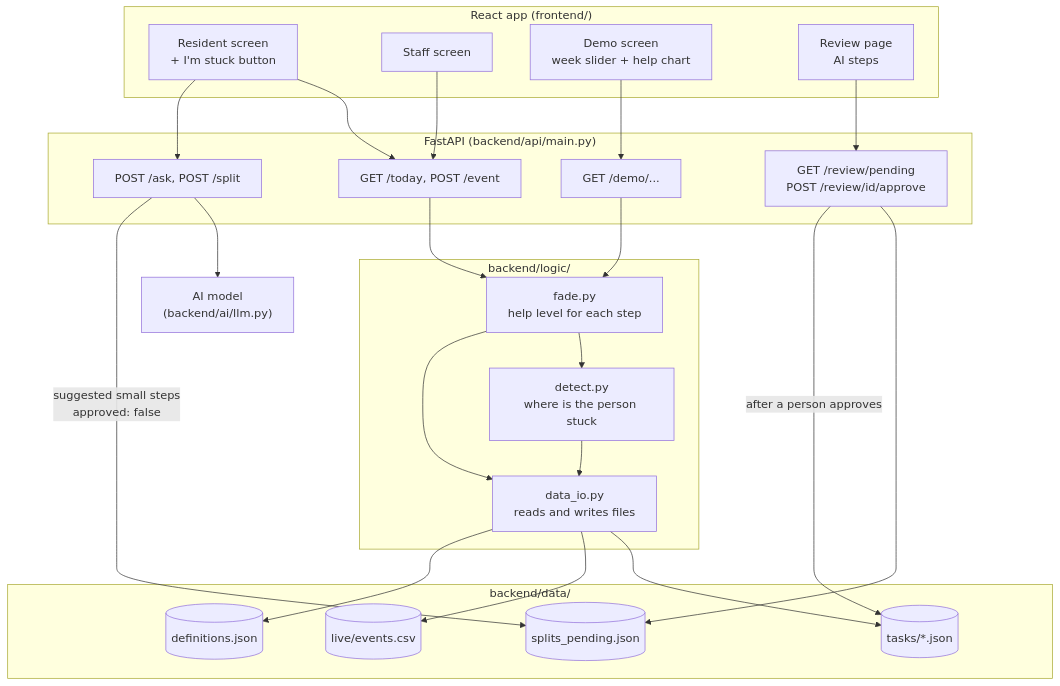
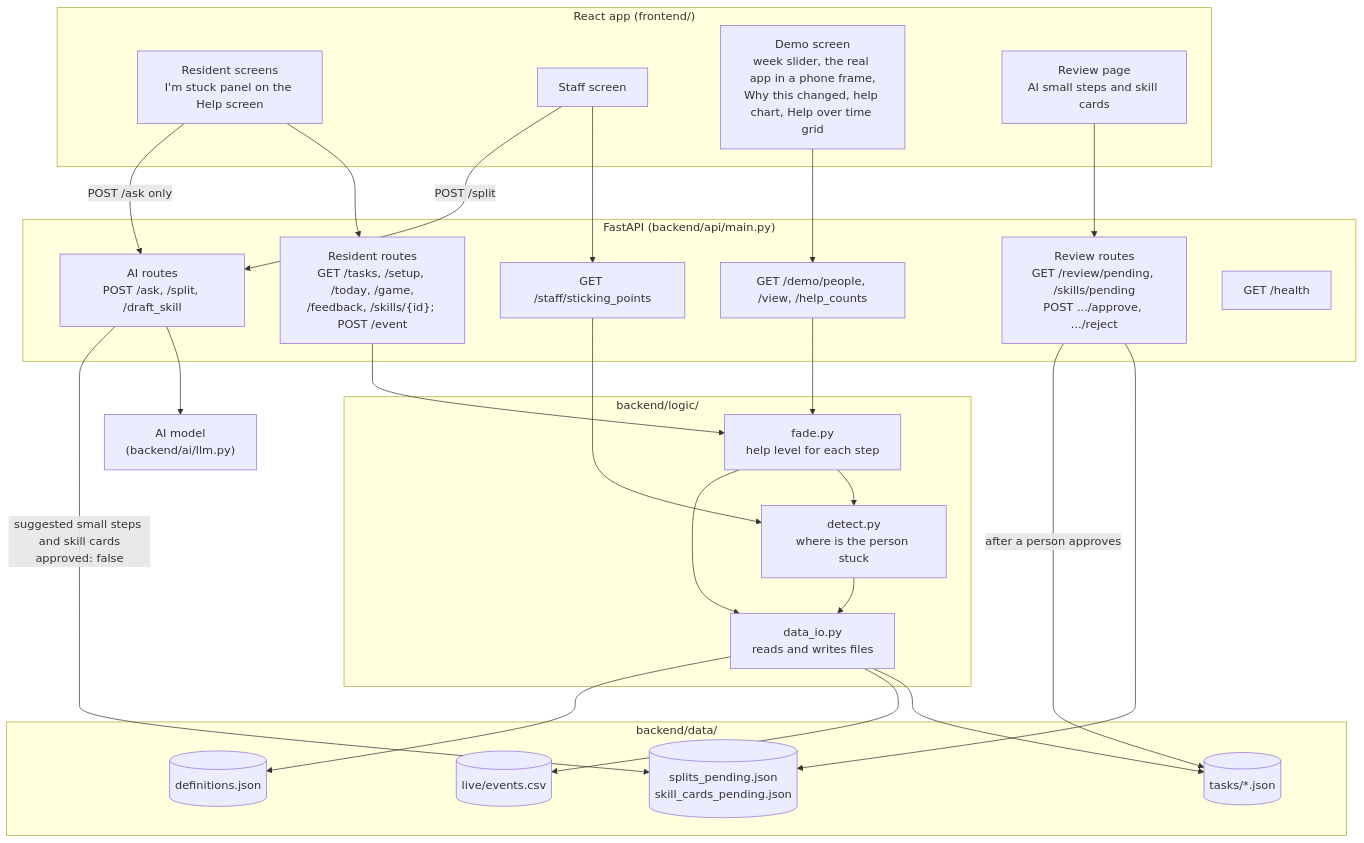
The diagram in docs/architecture.md (TeamHavenASU/Carryover), drawn with Mermaid before and after one commit. The commit also changed other lines of this file and 23 other files, not shown here.

````diff
--- a/docs/architecture.md
+++ b/docs/architecture.md
@@ -5,51 +5,56 @@
 ```mermaid
 flowchart TD
   subgraph Browser["React app (frontend/)"]
-    Resident["Resident screen<br/>+ I'm stuck button"]
+    Resident["Resident screens<br/>I'm stuck panel on the Help screen"]
     Staff["Staff screen"]
-    Demo["Demo screen<br/>week slider + help chart"]
-    Review["Review page<br/>AI steps"]
+    Demo["Demo screen<br/>week slider, the real app in a phone frame,<br/>Why this changed, help chart, Help over time grid"]
+    Review["Review page<br/>AI small steps and skill cards"]
   end
 
   subgraph Backend["FastAPI (backend/api/main.py)"]
-    Today["GET /today, POST /event"]
-    AskSplit["POST /ask, POST /split"]
-    DemoRoutes["GET /demo/..."]
-    ReviewRoutes["GET /review/pending<br/>POST /review/id/approve"]
+    Today["Resident routes<br/>GET /tasks, /setup, /today, /game,<br/>/feedback, /skills/{id}; POST /event"]
+    AskSplit["AI routes<br/>POST /ask, /split, /draft_skill"]
+    StaffRoutes["GET /staff/sticking_points"]
+    DemoRoutes["GET /demo/people, /view, /help_counts"]
+    ReviewRoutes["Review routes<br/>GET /review/pending, /skills/pending<br/>POST .../approve, .../reject"]
+    Health["GET /health"]
   end
 
   subgraph Logic["backend/logic/"]
     DataIO["data_io.py<br/>reads and writes files"]
     Detect["detect.py<br/>where is the person stuck"]
     Fade["fade.py<br/>help level for each step"]
   end
 
   subgraph Data["backend/data/"]
     Tasks[("tasks/*.json")]
     Events[("live/events.csv")]
     Defs[("definitions.json")]
-    Pending[("splits_pending.json")]
+    Pending[("splits_pending.json<br/>skill_cards_pending.json")]
   end
 
   Model["AI model<br/>(backend/ai/llm.py)"]
 
   Resident --> Today
-  Resident --> AskSplit
-  Staff --> Today
+  Resident -->|"POST /ask only"| AskSplit
+  Staff --> StaffRoutes
+  Staff -->|"POST /split"| AskSplit
   Demo --> DemoRoutes
   Review --> ReviewRoutes
+
+  StaffRoutes --> Detect
 
   Today --> Fade
   DemoRoutes --> Fade
   Fade --> Detect
   Fade --> DataIO
   Detect --> DataIO
   DataIO --> Tasks
   DataIO --> Events
   DataIO --> Defs
 
   AskSplit --> Model
-  AskSplit -->|"suggested small steps<br/>approved: false"| Pending
+  AskSplit -->|"suggested small steps and skill cards<br/>approved: false"| Pending
   ReviewRoutes --> Pending
   ReviewRoutes -->|"after a person approves"| Tasks
 ```
````
